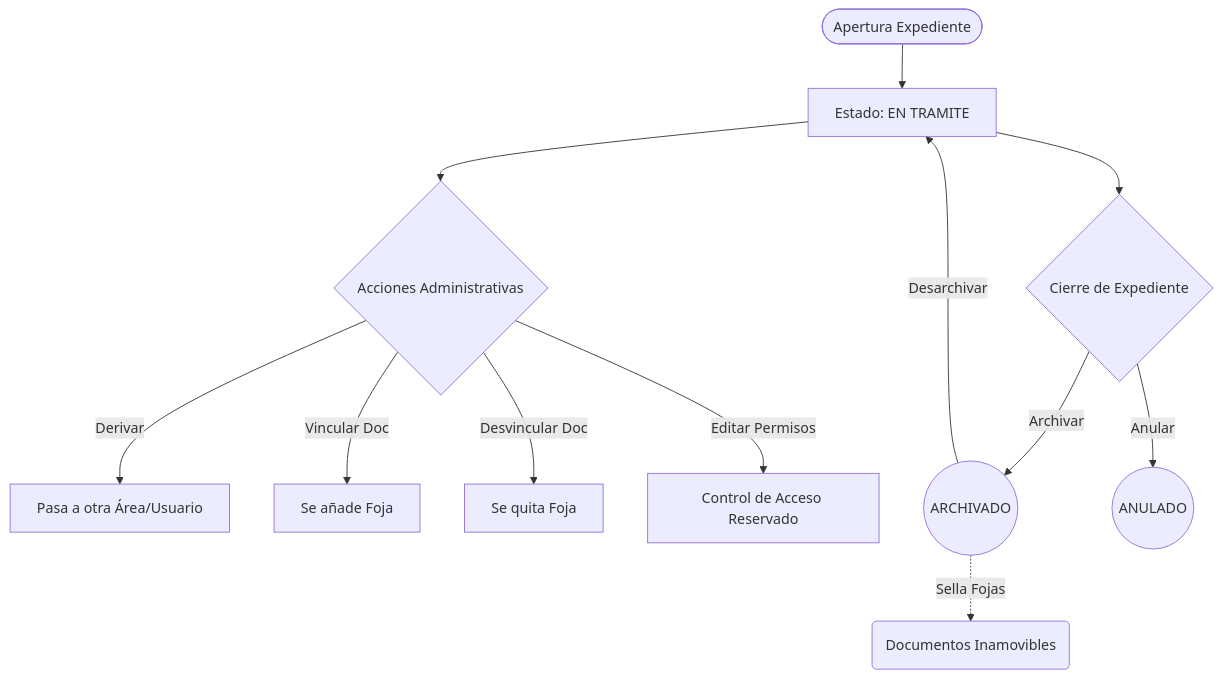
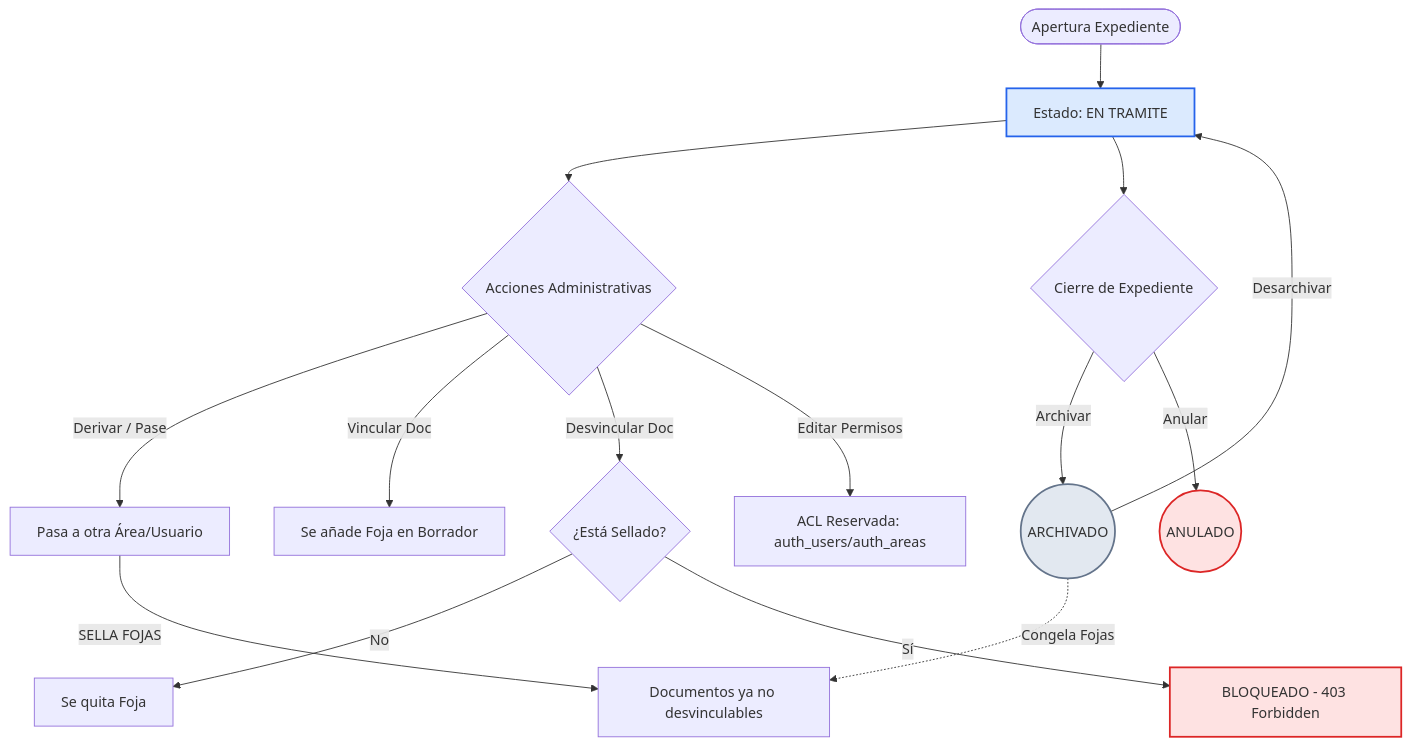
Before and after one commit to sheyk87/Sistema_Documental_JS: the second of 5 diagrams in README.md, drawn with Mermaid. The commit also changed other lines of this file, not shown here.

````diff
--- a/README.md
+++ b/README.md
@@ -100,17 +406,25 @@
 ```mermaid
 graph TD
     A([Apertura Expediente]) --> B[Estado: EN TRAMITE]
     
     B --> C{Acciones Administrativas}
-    C -->|Derivar| D[Pasa a otra Área/Usuario]
-    C -->|Vincular Doc| E[Se añade Foja]
-    C -->|Desvincular Doc| F[Se quita Foja]
-    C -->|Editar Permisos| G[Control de Acceso Reservado]
+    C -->|Derivar / Pase| D[Pasa a otra Área/Usuario]
+    D -->|SELLA FOJAS| E[Documentos ya no desvinculables]
+    C -->|Vincular Doc| F[Se añade Foja en Borrador]
+    C -->|Desvincular Doc| G{¿Está Sellado?}
+    G -->|No| H[Se quita Foja]
+    G -->|Sí| I[BLOQUEADO - 403 Forbidden]
+    C -->|Editar Permisos| J[ACL Reservada: auth_users/auth_areas]
     
-    B --> H{Cierre de Expediente}
-    H -->|Archivar| I((ARCHIVADO))
-    I -.->|Sella Fojas| J(Documentos Inamovibles)
-    I -->|Desarchivar| B
+    B --> K{Cierre de Expediente}
+    K -->|Archivar| L((ARCHIVADO))
+    L -.->|Congela Fojas| E
+    L -->|Desarchivar| B
     
-    H -->|Anular| K((ANULADO))
+    K -->|Anular| M((ANULADO))
+    
+    style B fill:#dbeafe,stroke:#2563eb,stroke-width:2px
+    style I fill:#fee2e2,stroke:#dc2626,stroke-width:2px
+    style L fill:#e2e8f0,stroke:#64748b,stroke-width:2px
+    style M fill:#fee2e2,stroke:#dc2626,stroke-width:2px
 ```
````
